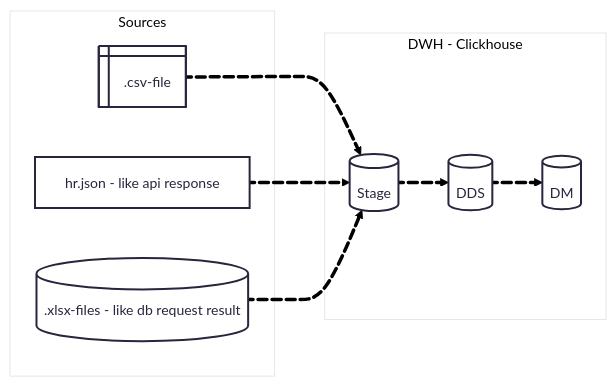
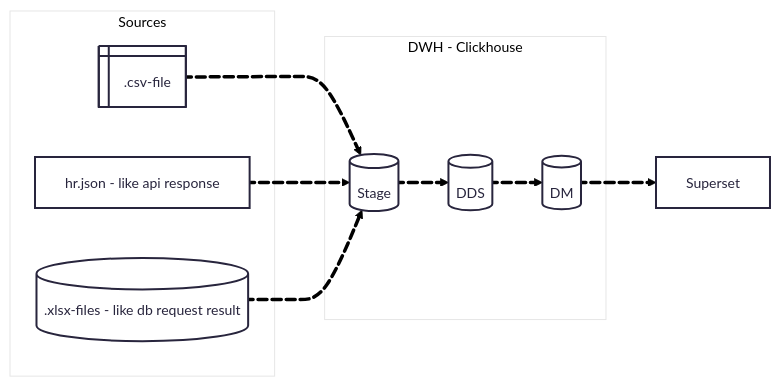
The diagram in docs/architecture.mmd (CabbageSplitter/ELT-Horizon), drawn with Mermaid before and after one commit. The commit also changed other lines of this file, not shown here.

Commit message:
upd: изменена диаграмма архитектуры

```diff
--- a/docs/architecture.mmd
+++ b/docs/architecture.mmd
@@ -1,33 +1,37 @@
 ---
 config:
   theme: redux-color
   look: classic
   layout: dagre
 ---
 flowchart LR
 
     subgraph Sources
         csv@{ shape: win-pane, label: ".csv-file"}
         json[hr.json - like api response]
         xlsx@{ shape: cyl, label: ".xlsx-files - like db request result" }
     end
 
     subgraph DWH - Clickhouse
         stage@{ shape: cyl, label: "Stage" }
         dds@{ shape: cyl, label: "DDS" }
         dm@{ shape: cyl, label: "DM" }
 
     end
 
+    bi[Superset]
+
     
 
 csv e1@==> stage
 e1@{ animate: true }
 json e2@==> stage
 e2@{ animate: true }
 xlsx e3@==> stage
 e3@{ animate: true }
 stage e4@==> dds
 e4@{ animate: true }
 dds e5@==> dm
 e5@{ animate: true }
+dm e6@==> bi
+e6@{ animate: true }
```
